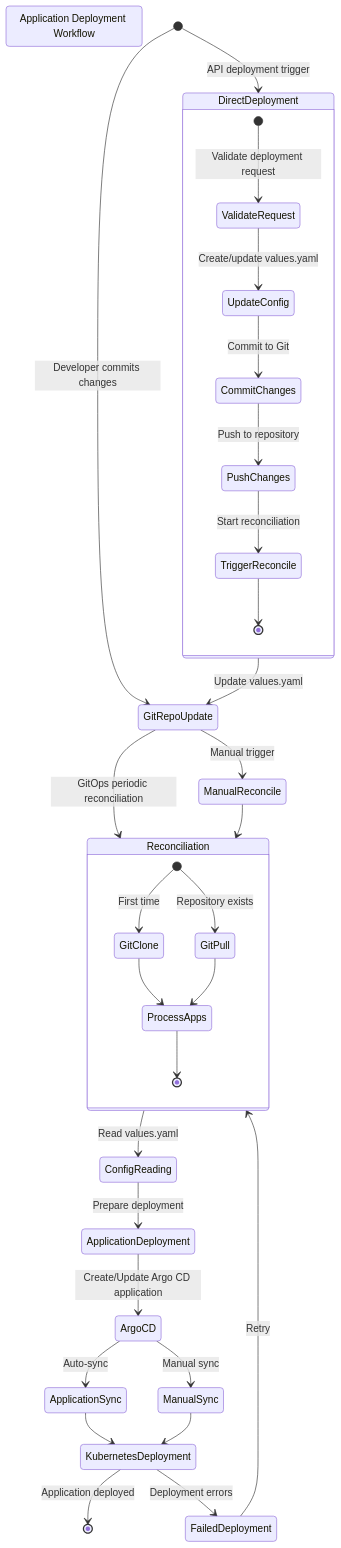
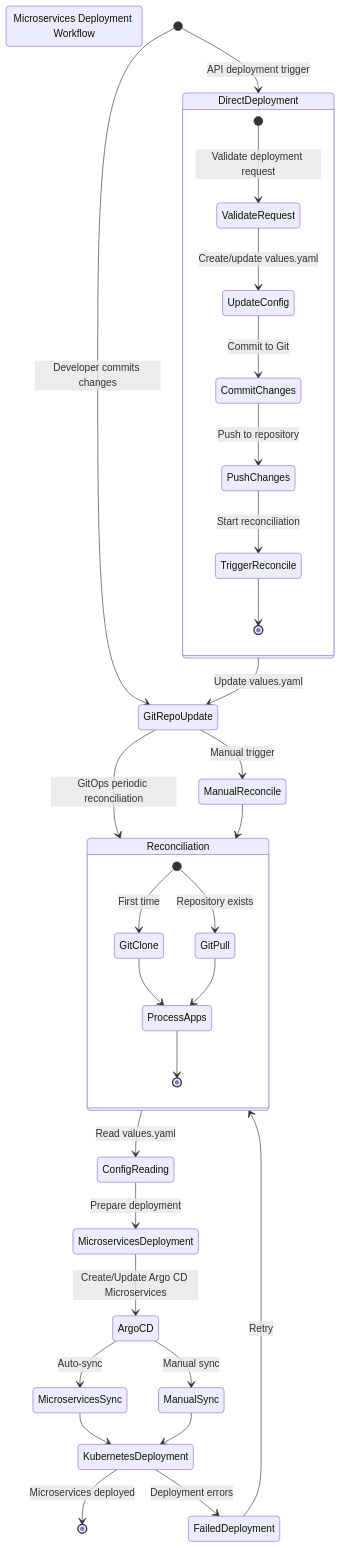
The tenth of 11 diagrams in README.md (lloydchang/tvp-k8s), drawn with Mermaid before and after one commit. The commit also changed other lines of this file and 4 other files, not shown here.

````diff
--- a/README.md
+++ b/README.md
@@ -898,43 +898,43 @@
 ```mermaid
 stateDiagram-v2
-    title: Application Deployment Workflow
+    title: Microservices Deployment Workflow
     [*] --> GitRepoUpdate: Developer commits changes
     
     GitRepoUpdate --> Reconciliation: GitOps periodic reconciliation
     GitRepoUpdate --> ManualReconcile: Manual trigger
     [*] --> DirectDeployment: API deployment trigger
     
     ManualReconcile --> Reconciliation
     DirectDeployment --> GitRepoUpdate: Update values.yaml
     
     Reconciliation --> ConfigReading: Read values.yaml
-    ConfigReading --> ApplicationDeployment: Prepare deployment
-    ApplicationDeployment --> ArgoCD: Create/Update Argo CD application
+    ConfigReading --> MicroservicesDeployment: Prepare deployment
+    MicroservicesDeployment --> ArgoCD: Create/Update Argo CD Microservices
     
-    ArgoCD --> ApplicationSync: Auto-sync
+    ArgoCD --> MicroservicesSync: Auto-sync
     ArgoCD --> ManualSync: Manual sync
     
-    ApplicationSync --> KubernetesDeployment
+    MicroservicesSync --> KubernetesDeployment
     ManualSync --> KubernetesDeployment
     
-    KubernetesDeployment --> [*]: Application deployed
+    KubernetesDeployment --> [*]: Microservices deployed
     KubernetesDeployment --> FailedDeployment: Deployment errors
     FailedDeployment --> Reconciliation: Retry
     
     state Reconciliation {
         [*] --> GitClone: First time
         [*] --> GitPull: Repository exists
         GitClone --> ProcessApps
         GitPull --> ProcessApps
         ProcessApps --> [*]
     }
     
     state DirectDeployment {
         [*] --> ValidateRequest: Validate deployment request
         ValidateRequest --> UpdateConfig: Create/update values.yaml
         UpdateConfig --> CommitChanges: Commit to Git
         CommitChanges --> PushChanges: Push to repository
         PushChanges --> TriggerReconcile: Start reconciliation
         TriggerReconcile --> [*]
     }
 ```
````
